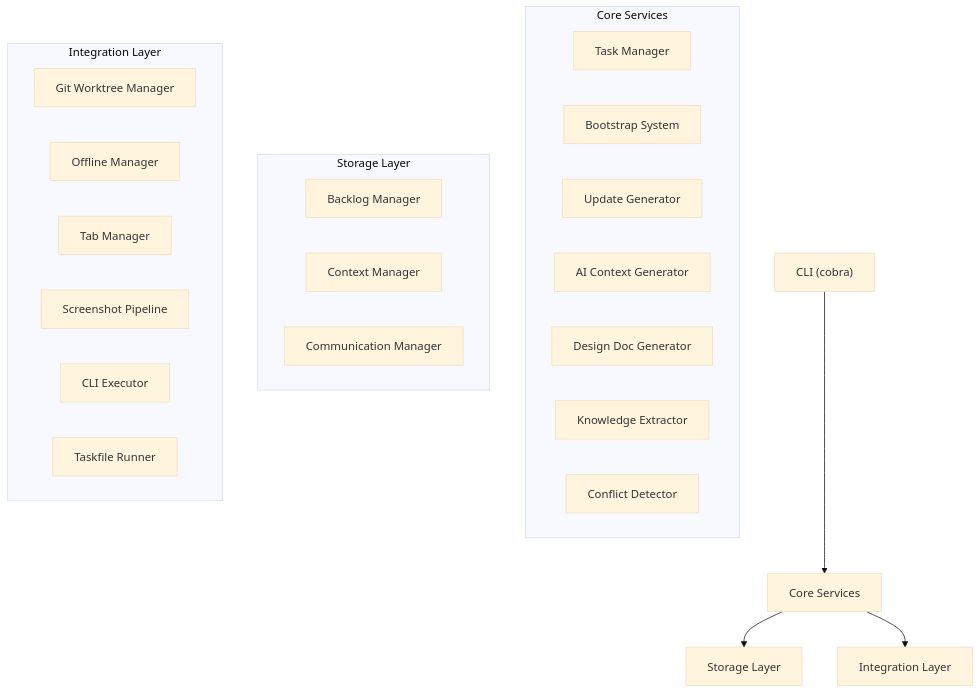
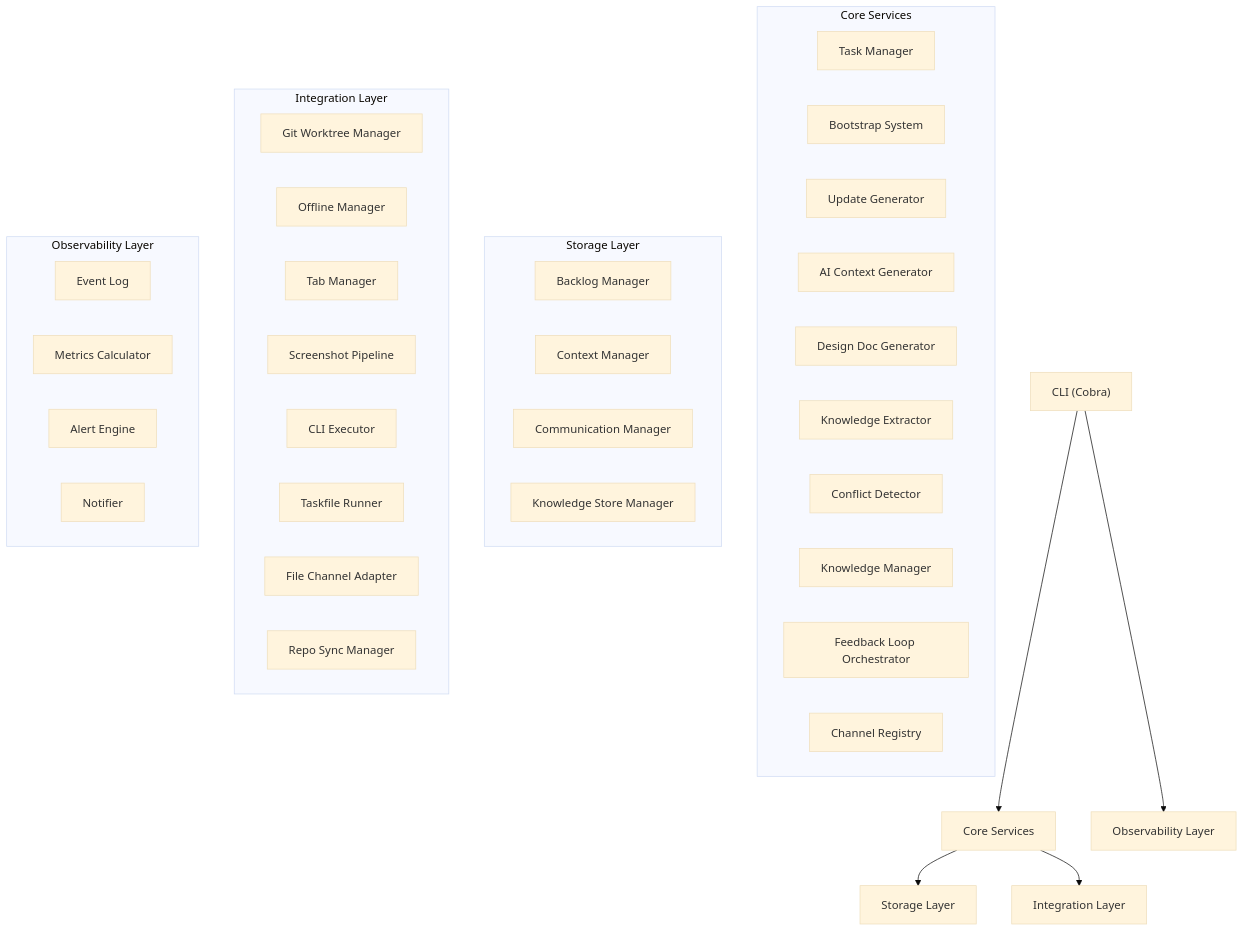
The first of 2 diagrams in README.md (valter-silva-au/ai-dev-brain), drawn with Mermaid (base theme) before and after one commit. The commit also changed other lines of this file, not shown here.

````diff
--- a/README.md
+++ b/README.md
@@ -7,36 +7,51 @@
 ```mermaid
 graph TD
-    CLI["CLI (cobra)"]
+    CLI["CLI (Cobra)"]
     Core["Core Services"]
     Storage["Storage Layer"]
     Integration["Integration Layer"]
+    Observability["Observability Layer"]
 
     CLI --> Core
     Core --> Storage
     Core --> Integration
+    CLI --> Observability
 
     subgraph Core Services
         TaskMgr["Task Manager"]
         Bootstrap["Bootstrap System"]
         UpdateGen["Update Generator"]
         AICtxGen["AI Context Generator"]
         DesignGen["Design Doc Generator"]
         KnowledgeX["Knowledge Extractor"]
         ConflictDt["Conflict Detector"]
+        KnowledgeMgr["Knowledge Manager"]
+        FeedbackLoop["Feedback Loop Orchestrator"]
+        ChannelReg["Channel Registry"]
     end
 
     subgraph Storage Layer
         Backlog["Backlog Manager"]
         Context["Context Manager"]
         Comm["Communication Manager"]
+        KnowledgeStore["Knowledge Store Manager"]
     end
 
     subgraph Integration Layer
         GitWT["Git Worktree Manager"]
         Offline["Offline Manager"]
         Tab["Tab Manager"]
         Screenshot["Screenshot Pipeline"]
         Exec["CLI Executor"]
         Taskfile["Taskfile Runner"]
+        FileChannel["File Channel Adapter"]
+        RepoSync["Repo Sync Manager"]
+    end
+
+    subgraph Observability Layer
+        EventLog["Event Log"]
+        Metrics["Metrics Calculator"]
+        AlertEng["Alert Engine"]
+        Notifier["Notifier"]
     end
 ```
````
